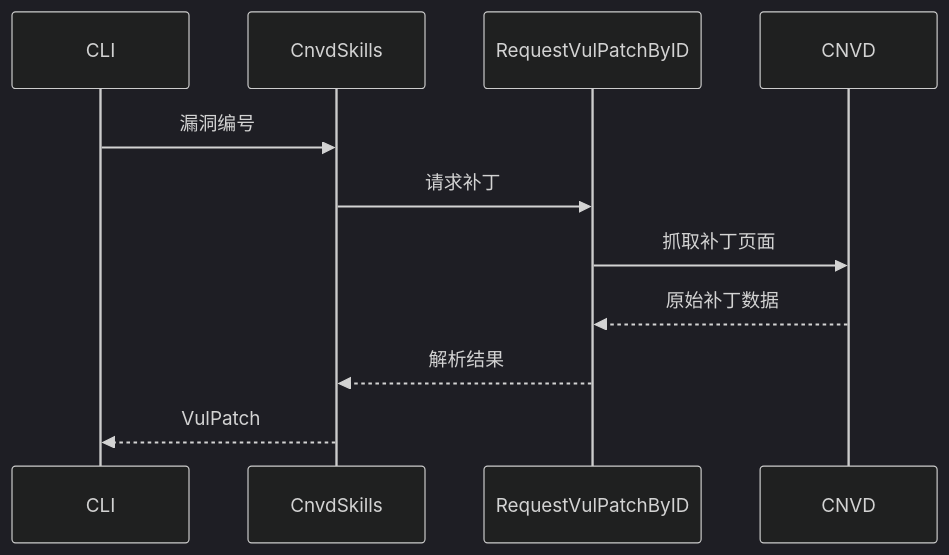
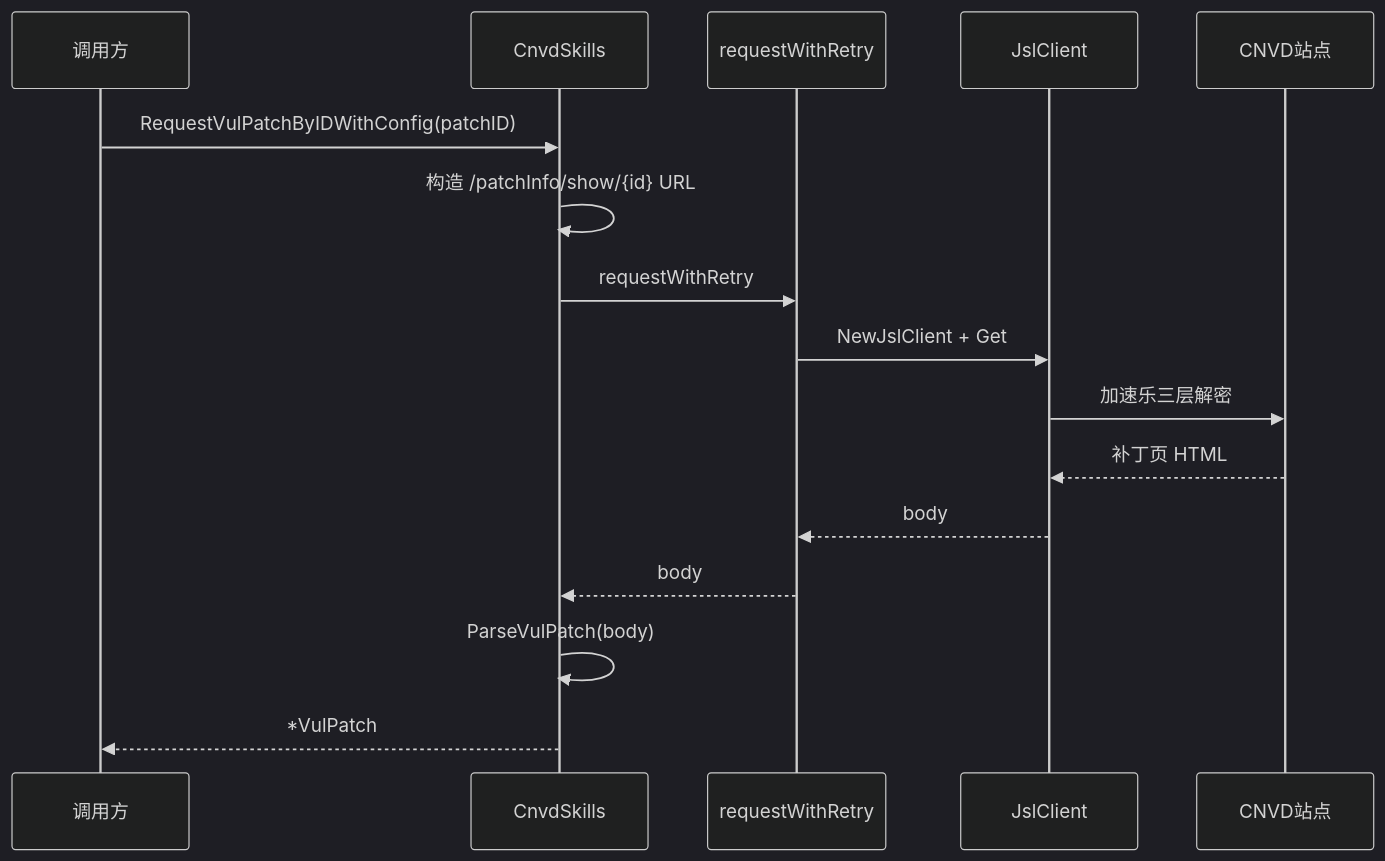
The second of 3 diagrams in website/docs/guide/vul-patch.md (scagogogo/cnvd-skills), drawn with Mermaid (dark theme) before and after one commit. The commit also changed other lines of this file and 14 other files, not shown here.

Commit message:
docs(website): fill 15 guide pages with mermaid diagrams and runnable examples

````diff
--- a/website/docs/guide/vul-patch.md
+++ b/website/docs/guide/vul-patch.md
@@ -13,13 +25,18 @@
 ```mermaid
 sequenceDiagram
-    participant CLI
-    participant CnvdSkills
-    participant RequestVulPatchByID
-    participant CNVD
-    CLI->>CnvdSkills: 漏洞编号
-    CnvdSkills->>RequestVulPatchByID: 请求补丁
-    RequestVulPatchByID->>CNVD: 抓取补丁页面
-    CNVD-->>RequestVulPatchByID: 原始补丁数据
-    RequestVulPatchByID-->>CnvdSkills: 解析结果
-    CnvdSkills-->>CLI: VulPatch
+    participant U as 调用方
+    participant S as CnvdSkills
+    participant R as requestWithRetry
+    participant J as JslClient
+    participant CNVD as CNVD站点
+    U->>S: RequestVulPatchByIDWithConfig(patchID)
+    S->>S: 构造 /patchInfo/show/{id} URL
+    S->>R: requestWithRetry
+    R->>J: NewJslClient + Get
+    J->>CNVD: 加速乐三层解密
+    CNVD-->>J: 补丁页 HTML
+    J-->>R: body
+    R-->>S: body
+    S->>S: ParseVulPatch(body)
+    S-->>U: *VulPatch
 ```
````
